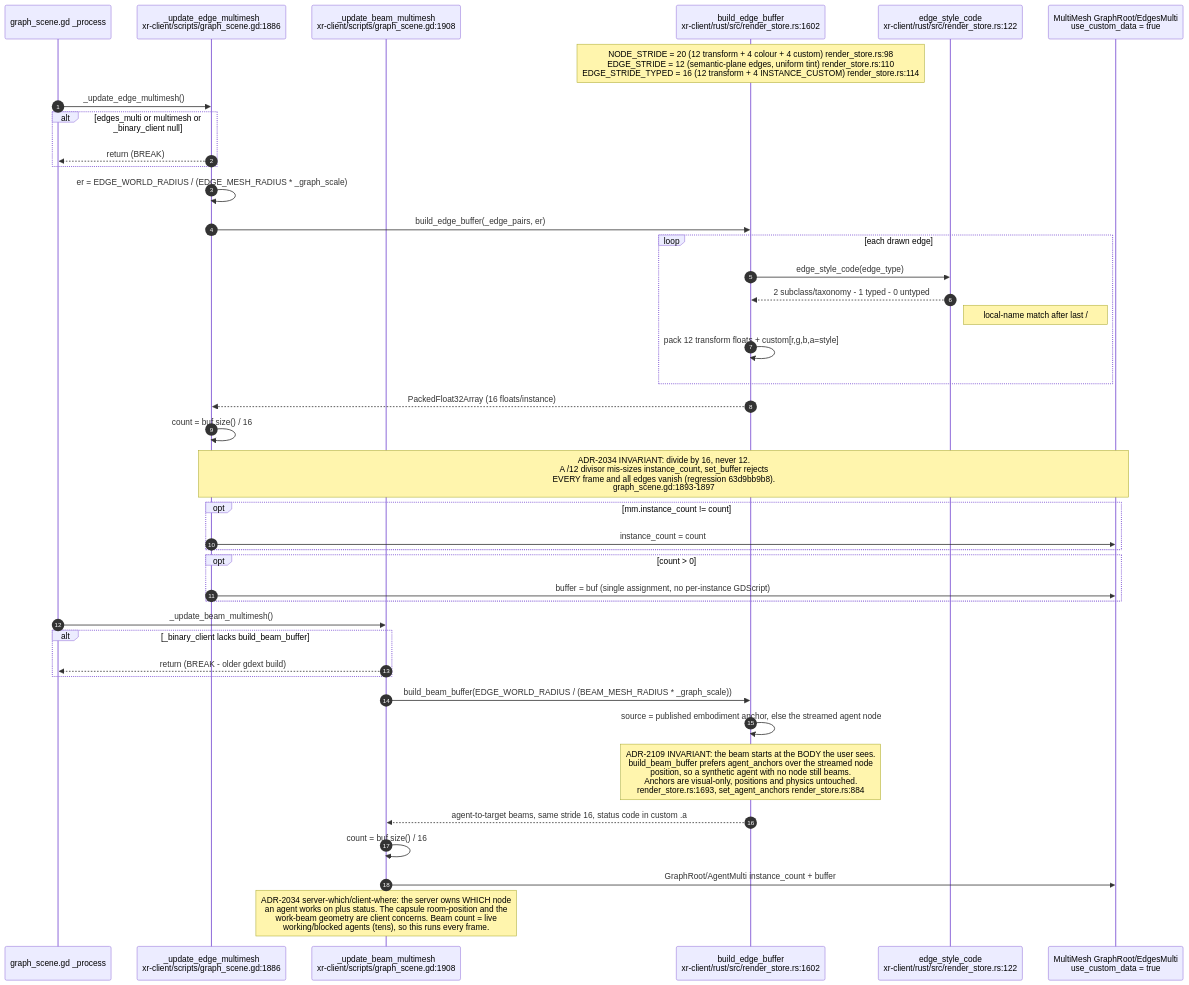
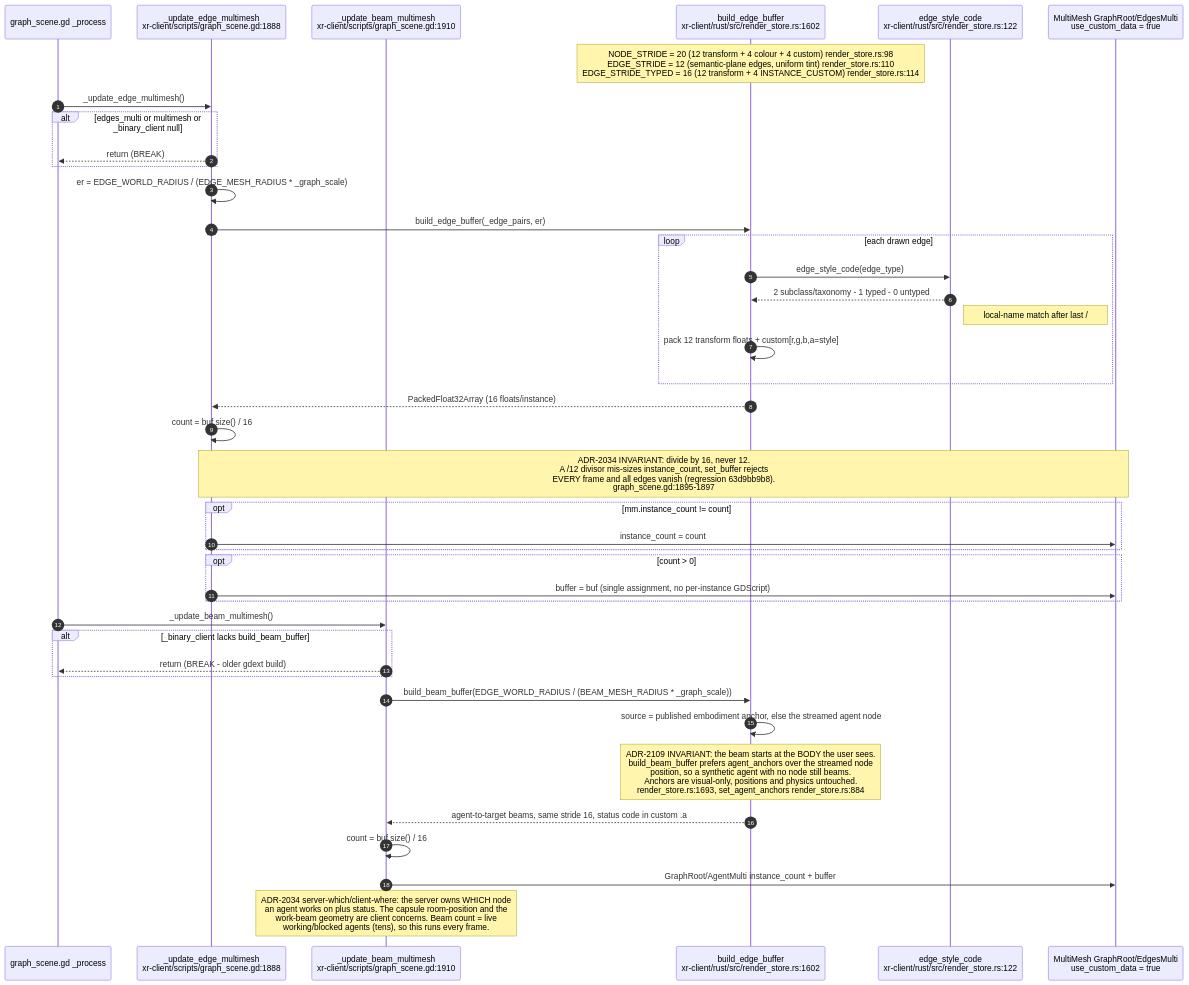
Before and after one commit to DreamLab-AI/VisionFlow: the seventh of 23 diagrams in docs/diagrams/visionclaw/36-godot-xr-client.md, drawn with Mermaid. The commit also changed other lines of this file and 111 other files, not shown here.

Commit message:
docs(diagrams): align estate maps with current source

````diff
--- a/docs/diagrams/visionclaw/36-godot-xr-client.md
+++ b/docs/diagrams/visionclaw/36-godot-xr-client.md
@@ -344,44 +344,44 @@
 ```mermaid
 sequenceDiagram
     autonumber
     participant GD as graph_scene.gd _process
-    participant UE as _update_edge_multimesh<br/>xr-client/scripts/graph_scene.gd:1886
-    participant UB as _update_beam_multimesh<br/>xr-client/scripts/graph_scene.gd:1908
+    participant UE as _update_edge_multimesh<br/>xr-client/scripts/graph_scene.gd:1888
+    participant UB as _update_beam_multimesh<br/>xr-client/scripts/graph_scene.gd:1910
     participant RS as build_edge_buffer<br/>xr-client/rust/src/render_store.rs:1602
     participant SC as edge_style_code<br/>xr-client/rust/src/render_store.rs:122
     participant MM as MultiMesh GraphRoot/EdgesMulti<br/>use_custom_data = true
 
     Note over RS: NODE_STRIDE = 20 (12 transform + 4 colour + 4 custom) render_store.rs:98<br/>EDGE_STRIDE = 12 (semantic-plane edges, uniform tint) render_store.rs:110<br/>EDGE_STRIDE_TYPED = 16 (12 transform + 4 INSTANCE_CUSTOM) render_store.rs:114
     GD->>UE: _update_edge_multimesh()
     alt edges_multi or multimesh or _binary_client null
         UE-->>GD: return (BREAK)
     end
     UE->>UE: er = EDGE_WORLD_RADIUS / (EDGE_MESH_RADIUS * _graph_scale)
     UE->>RS: build_edge_buffer(_edge_pairs, er)
     loop each drawn edge
         RS->>SC: edge_style_code(edge_type)
         SC-->>RS: 2 subclass/taxonomy - 1 typed - 0 untyped
         Note right of SC: local-name match after last / # or :<br/>case-insensitive render_store.rs:116-124
         RS->>RS: pack 12 transform floats + custom[r,g,b,a=style]
     end
     RS-->>UE: PackedFloat32Array (16 floats/instance)
     UE->>UE: count = buf.size() / 16
-    Note over UE,MM: ADR-2034 INVARIANT: divide by 16, never 12.<br/>A /12 divisor mis-sizes instance_count, set_buffer rejects<br/>EVERY frame and all edges vanish (regression 63d9bb9b8).<br/>graph_scene.gd:1893-1897
+    Note over UE,MM: ADR-2034 INVARIANT: divide by 16, never 12.<br/>A /12 divisor mis-sizes instance_count, set_buffer rejects<br/>EVERY frame and all edges vanish (regression 63d9bb9b8).<br/>graph_scene.gd:1895-1897
     opt mm.instance_count != count
         UE->>MM: instance_count = count
     end
     opt count > 0
         UE->>MM: buffer = buf (single assignment, no per-instance GDScript)
     end
     GD->>UB: _update_beam_multimesh()
     alt _binary_client lacks build_beam_buffer
         UB-->>GD: return (BREAK - older gdext build)
     end
     UB->>RS: build_beam_buffer(EDGE_WORLD_RADIUS / (BEAM_MESH_RADIUS * _graph_scale))
     RS->>RS: source = published embodiment anchor, else the streamed agent node
     Note over RS: ADR-2109 INVARIANT: the beam starts at the BODY the user sees.<br/>build_beam_buffer prefers agent_anchors over the streamed node<br/>position, so a synthetic agent with no node still beams.<br/>Anchors are visual-only, positions and physics untouched.<br/>render_store.rs:1693, set_agent_anchors render_store.rs:884
     RS-->>UB: agent-to-target beams, same stride 16, status code in custom .a
     UB->>UB: count = buf.size() / 16
     UB->>MM: GraphRoot/AgentMulti instance_count + buffer
     Note over UB: ADR-2034 server-which/client-where: the server owns WHICH node<br/>an agent works on plus status. The capsule room-position and the<br/>work-beam geometry are client concerns. Beam count = live<br/>working/blocked agents (tens), so this runs every frame.
 ```
````
